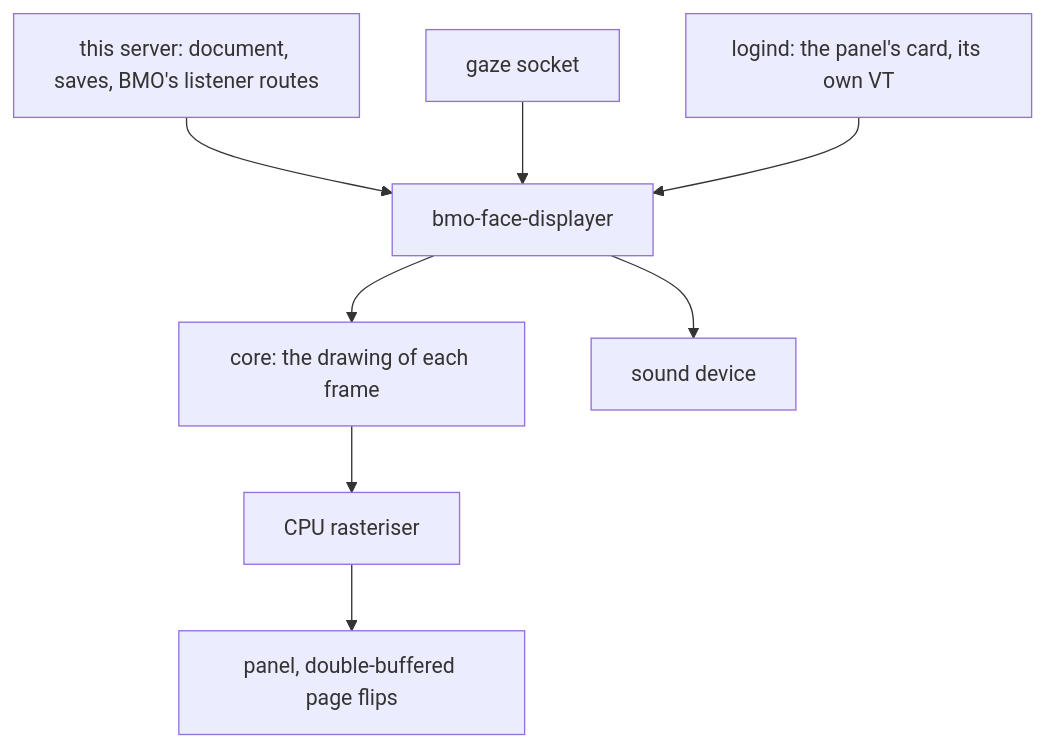
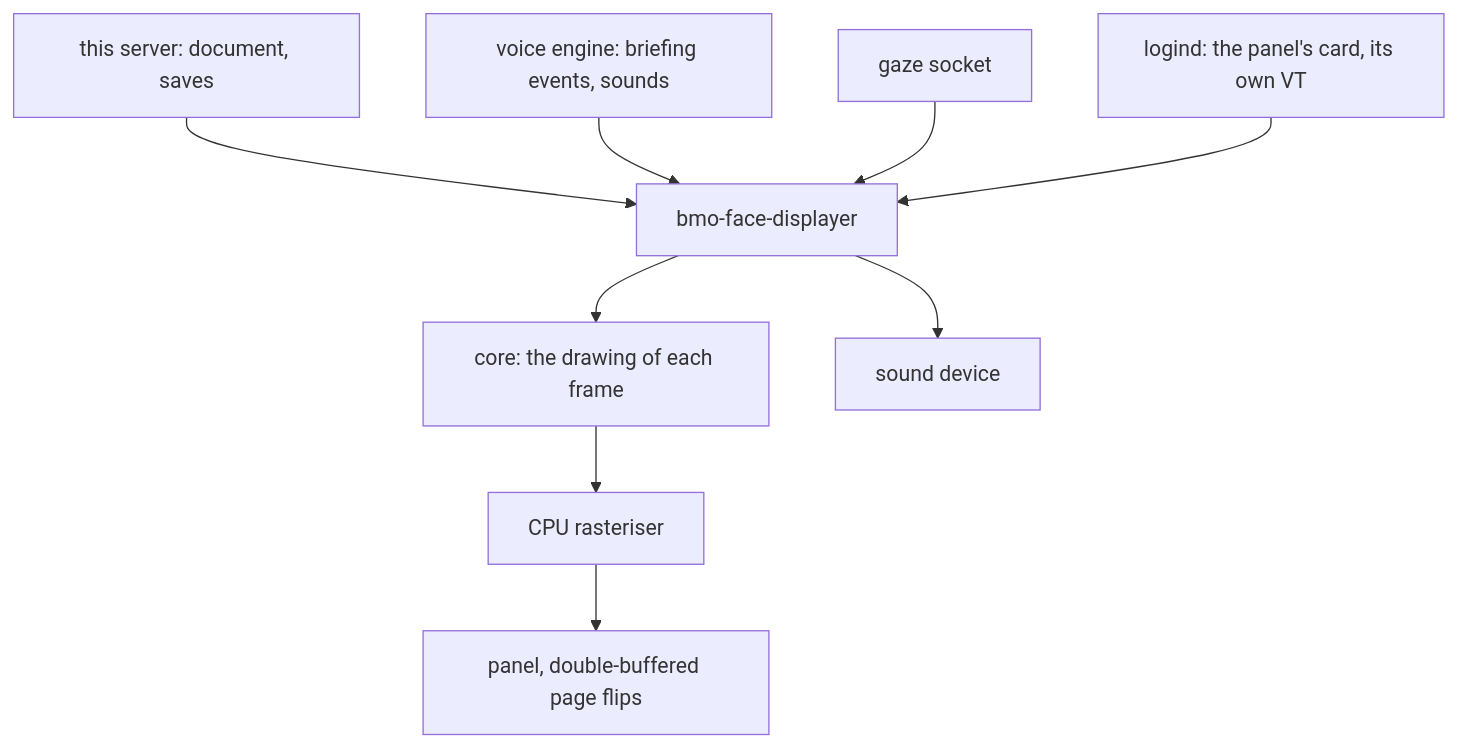
Before and after one commit to ahas/bmo-face: the diagram in docs/face.md, drawn with Mermaid. The commit also changed other lines of this file and 20 other files, not shown here.

First line of the commit message:
Let the native displayer hear briefings from the voice engine

````diff
--- a/docs/face.md
+++ b/docs/face.md
@@ -545,10 +556,11 @@
 ```mermaid
 flowchart TD
-  S[this server: document, saves, BMO's listener routes] --> D[bmo-face-displayer]
+  S[this server: document, saves] --> D[bmo-face-displayer]
+  V[voice engine: briefing events, sounds] --> D
   G[gaze socket] --> D
   L[logind: the panel's card, its own VT] --> D
   D --> C[core: the drawing of each frame]
   C --> R[CPU rasteriser]
   R --> P[panel, double-buffered page flips]
   D --> A[sound device]
 ```
````
